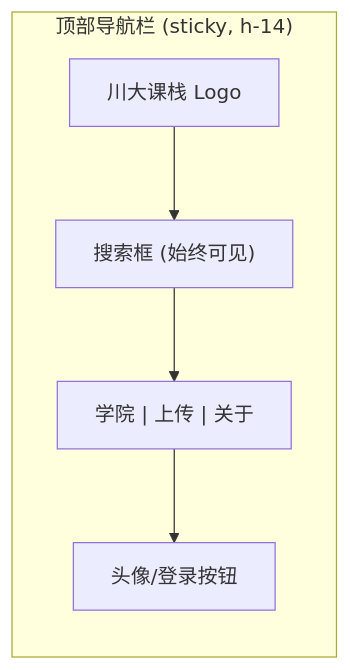
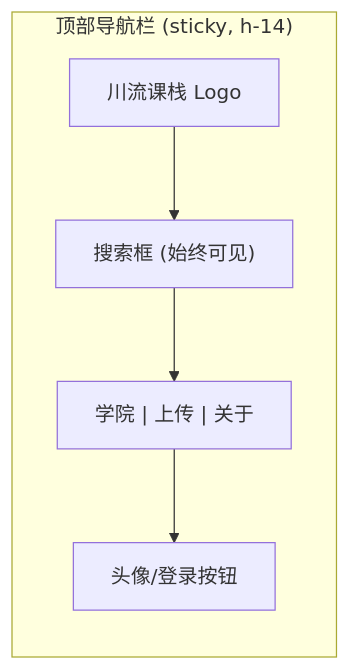
The second of 9 diagrams in docs/UI-UX-DESIGN.md (SCUStack/scustack), drawn with Mermaid before and after one commit. The commit also changed other lines of this file and 26 other files, not shown here.

````diff
--- a/docs/UI-UX-DESIGN.md
+++ b/docs/UI-UX-DESIGN.md
@@ -248,8 +248,8 @@
 ```mermaid
 graph LR
     subgraph Nav["顶部导航栏 (sticky, h-14)"]
-        Logo["川大课栈 Logo"] --> SearchBar["搜索框 (始终可见)"]
+        Logo["川流课栈 Logo"] --> SearchBar["搜索框 (始终可见)"]
         SearchBar --> NavLinks["学院 | 上传 | 关于"]
         NavLinks --> UserArea["头像/登录按钮"]
     end
 ```
````
